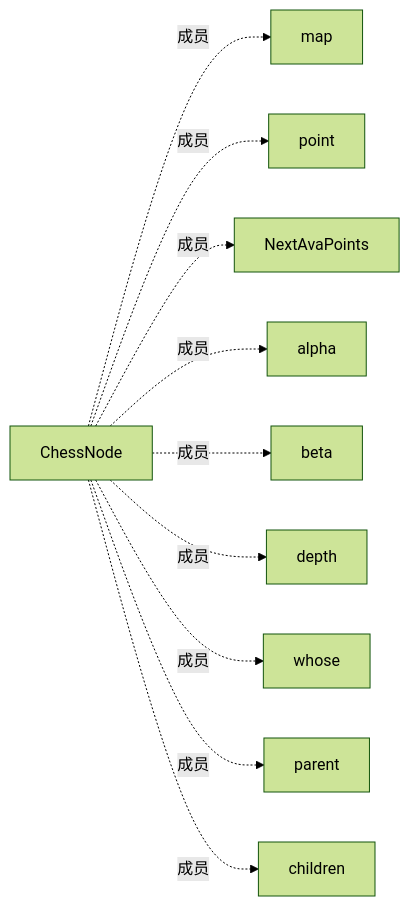
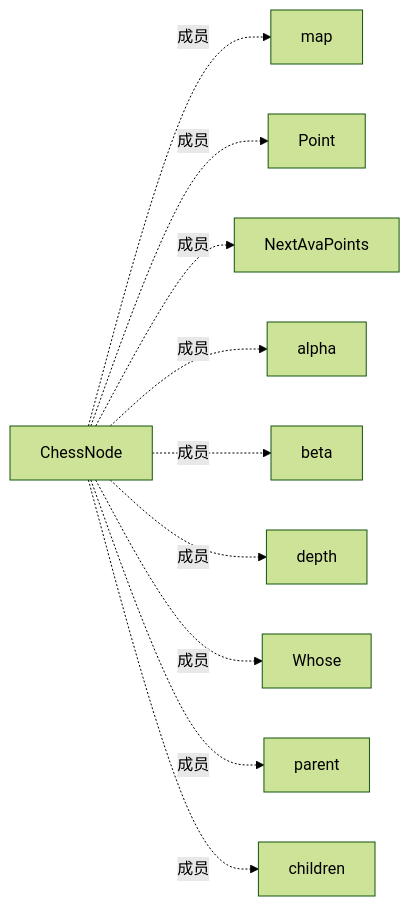
Before and after one commit to TwilightLemon/GobangCat: the eighth of 18 diagrams in Document/doc.md, drawn with Mermaid (forest theme). The commit also changed other lines of this file and 4 other files, not shown here.

````diff
--- a/Document/doc.md
+++ b/Document/doc.md
@@ -122,12 +115,12 @@
 ```mermaid
 graph LR;
     node[ChessNode]-.成员.->map[map]
-    node-.成员.->p[point]
+    node-.成员.->p[Point]
     node-.成员.->NextAvaPoints[NextAvaPoints]
     node-.成员.->alpha[alpha]
     node-.成员.->beta[beta]
     node-.成员.->depth[depth]
-    node-.成员.->whose[whose]
+    node-.成员.->Whose[Whose]
     node-.成员.->parent[parent]
     node-.成员.->children[children]
 ```
````
